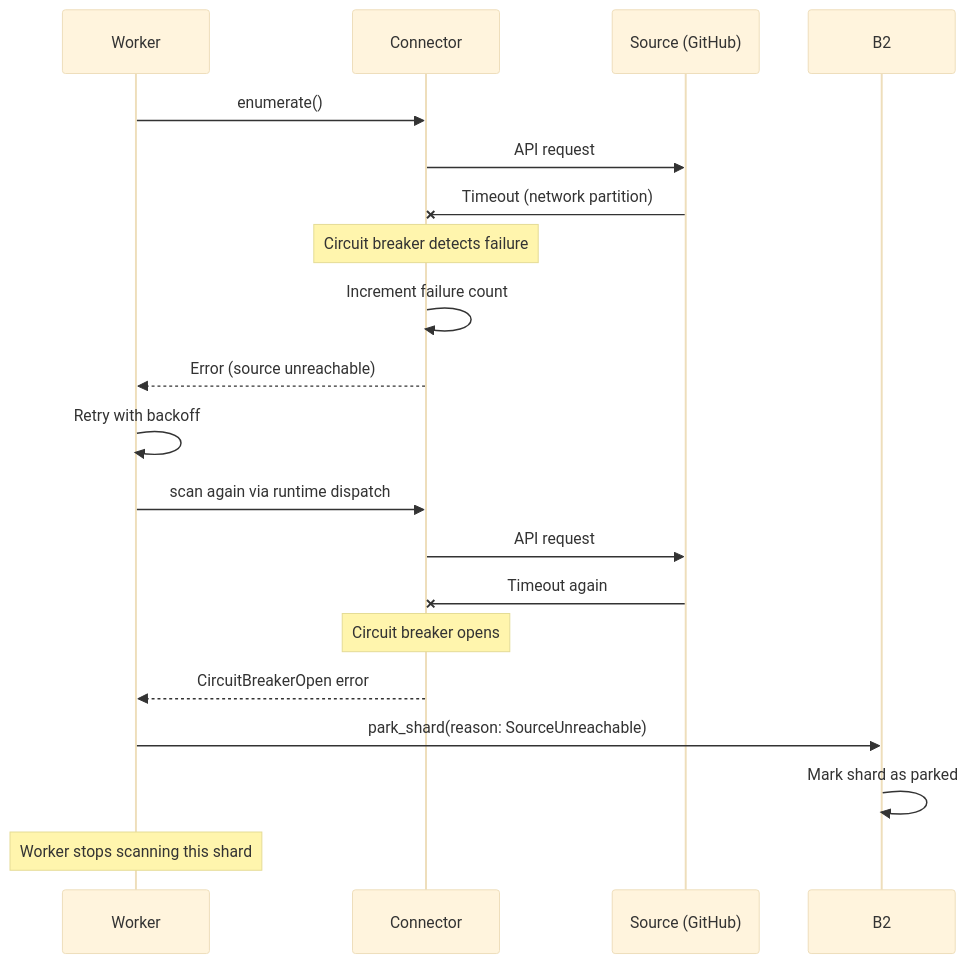
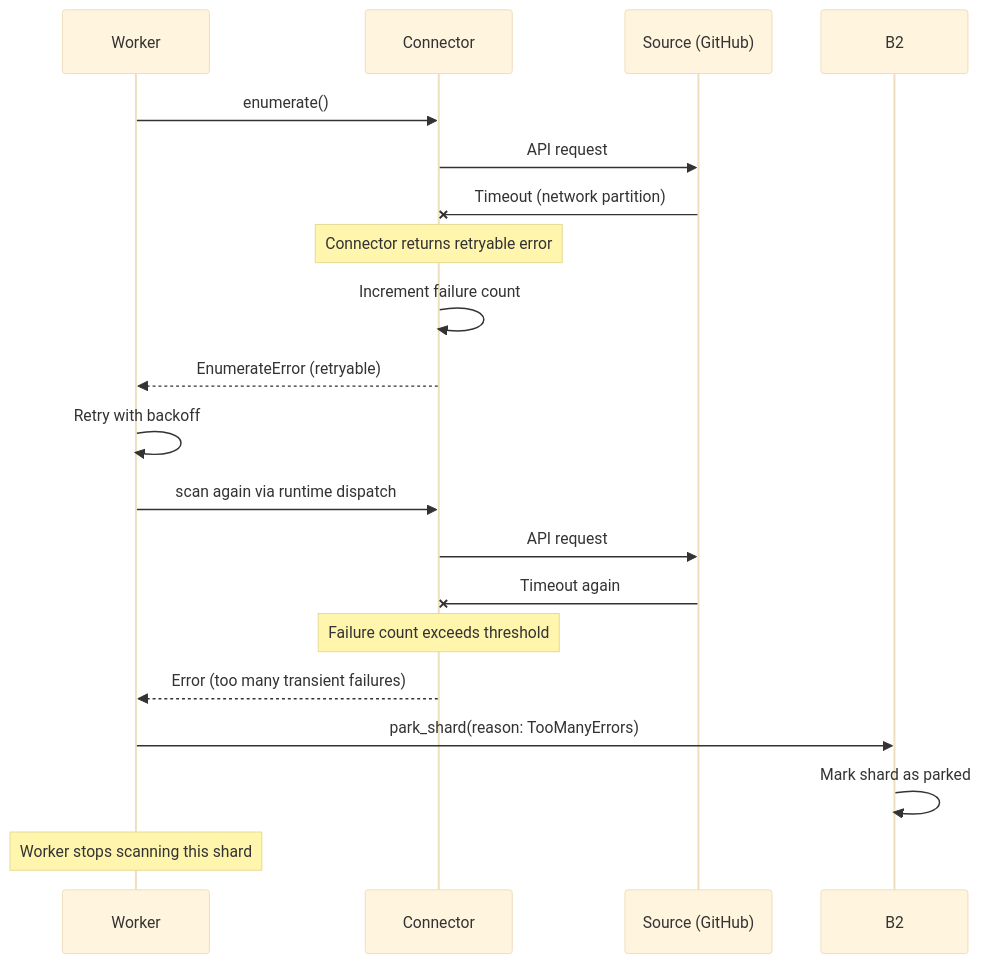
One commit to ahrav/gossip-rs-learning-guide changed the third of 6 diagrams in 08-cross-cutting/03-failure-modes-and-recovery.md. Above: the diagram before and after it, drawn with Mermaid (base theme). The commit also changed other lines of this file and 22 other files, not shown here.

````diff
--- a/08-cross-cutting/03-failure-modes-and-recovery.md
+++ b/08-cross-cutting/03-failure-modes-and-recovery.md
@@ -180,26 +180,26 @@
 ```mermaid
 sequenceDiagram
     participant W as Worker
     participant B4 as Connector
     participant S as Source (GitHub)
 
     W->>B4: enumerate()
     B4->>S: API request
     S-xB4: Timeout (network partition)
 
-    Note over B4: Circuit breaker detects failure
+    Note over B4: Connector returns retryable error
     B4->>B4: Increment failure count
-    B4-->>W: Error (source unreachable)
+    B4-->>W: EnumerateError (retryable)
 
     W->>W: Retry with backoff
     W->>B4: scan again via runtime dispatch
     B4->>S: API request
     S-xB4: Timeout again
 
-    Note over B4: Circuit breaker opens
-    B4-->>W: CircuitBreakerOpen error
+    Note over B4: Failure count exceeds threshold
+    B4-->>W: Error (too many transient failures)
 
-    W->>B2: park_shard(reason: SourceUnreachable)
+    W->>B2: park_shard(reason: TooManyErrors)
     B2->>B2: Mark shard as parked
     Note over W: Worker stops scanning this shard
 ```
````
